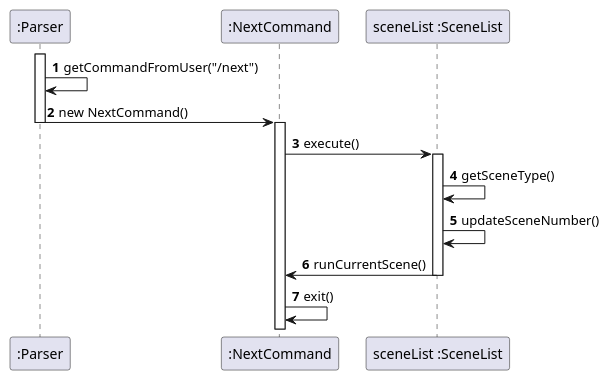
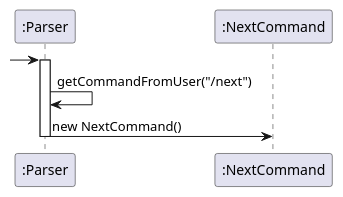
The diagram in docs/ParserUML.puml (peng-217/tp), drawn with PlantUML before and after one commit. The commit also changed 6 other files, not shown here.

```diff
--- a/docs/ParserUML.puml
+++ b/docs/ParserUML.puml
@@ -1,23 +1,31 @@
 @startuml
 'https://plantuml.com/sequence-diagram
 
-autonumber
+
+'-> ":Parser"
+'activate ":Parser"
+'
+'":Parser" -> ":Parser": getCommandFromUser("/next")
+'":Parser" -> ":NextCommand": new NextCommand()
+'deactivate ":Parser"
+'activate ":NextCommand"
+'
+'":NextCommand" -> "sceneList :SceneList": execute()
+'activate "sceneList :SceneList"
+'
+'"sceneList :SceneList" -> "sceneList :SceneList": getSceneType()
+'"sceneList :SceneList" -> "sceneList :SceneList": updateSceneNumber()
+'"sceneList :SceneList" -> ":NextCommand": runCurrentScene()
+'deactivate "sceneList :SceneList"
+'
+'":NextCommand" -> ":NextCommand": exit()
+'":NextCommand" -> ":Parser"
+
+-> ":Parser"
 activate ":Parser"
 
 ":Parser" -> ":Parser": getCommandFromUser("/next")
 ":Parser" -> ":NextCommand": new NextCommand()
 deactivate ":Parser"
-activate ":NextCommand"
-
-":NextCommand" -> "sceneList :SceneList": execute()
-activate "sceneList :SceneList"
-
-"sceneList :SceneList" -> "sceneList :SceneList": getSceneType()
-"sceneList :SceneList" -> "sceneList :SceneList": updateSceneNumber()
-"sceneList :SceneList" -> ":NextCommand": runCurrentScene()
-deactivate "sceneList :SceneList"
-
-":NextCommand" -> ":NextCommand": exit()
-
 
 @enduml
```
